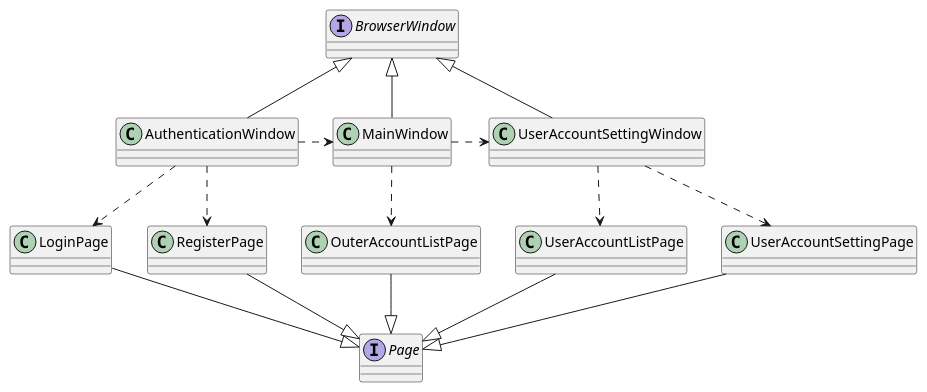
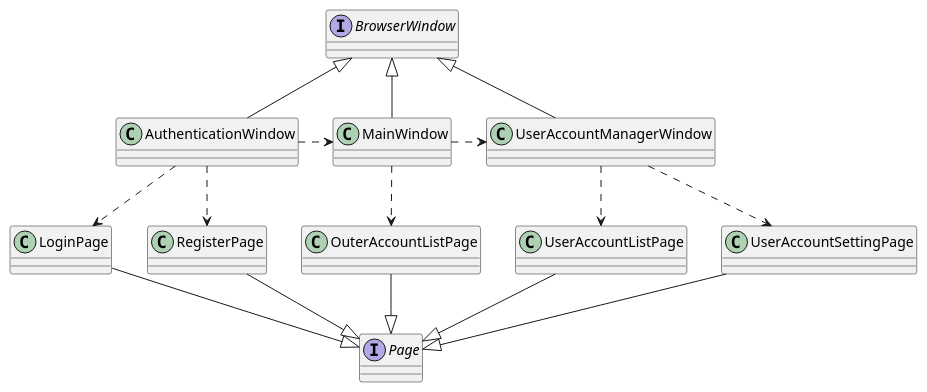
One commit to k42un0k0/k42un0k0keymanager changed the diagram in doc/class/windows.pu. Above: the diagram before and after it, drawn with PlantUML. The commit also changed 20 other files, not shown here.

Commit message:
create user-account-manager-window

```diff
--- a/doc/class/windows.pu
+++ b/doc/class/windows.pu
@@ -1,35 +1,35 @@
 @startuml
 
 interface BrowserWindow{}
 
 interface Page {}
 
 class AuthenticationWindow{}
 
 class LoginPage{}
 
 class RegisterPage{}
 
 class MainWindow{}
 class OuterAccountListPage{}
-class UserAccountSettingWindow{}
+class UserAccountManagerWindow{}
 class UserAccountListPage{}
 class UserAccountSettingPage{}
 
 BrowserWindow <|-- AuthenticationWindow
 BrowserWindow <|-- MainWindow
-BrowserWindow <|-- UserAccountSettingWindow
+BrowserWindow <|-- UserAccountManagerWindow
  LoginPage --|> Page
  RegisterPage --|> Page
  UserAccountListPage --|> Page
  UserAccountSettingPage --|> Page
  OuterAccountListPage --|> Page
 AuthenticationWindow ..> LoginPage
 AuthenticationWindow ..> RegisterPage
 AuthenticationWindow .> MainWindow
-MainWindow .> UserAccountSettingWindow
+MainWindow .> UserAccountManagerWindow
 MainWindow ..> OuterAccountListPage
-UserAccountSettingWindow ..> UserAccountListPage
-UserAccountSettingWindow ..> UserAccountSettingPage
+UserAccountManagerWindow ..> UserAccountListPage
+UserAccountManagerWindow ..> UserAccountSettingPage
 
 @enduml
```
